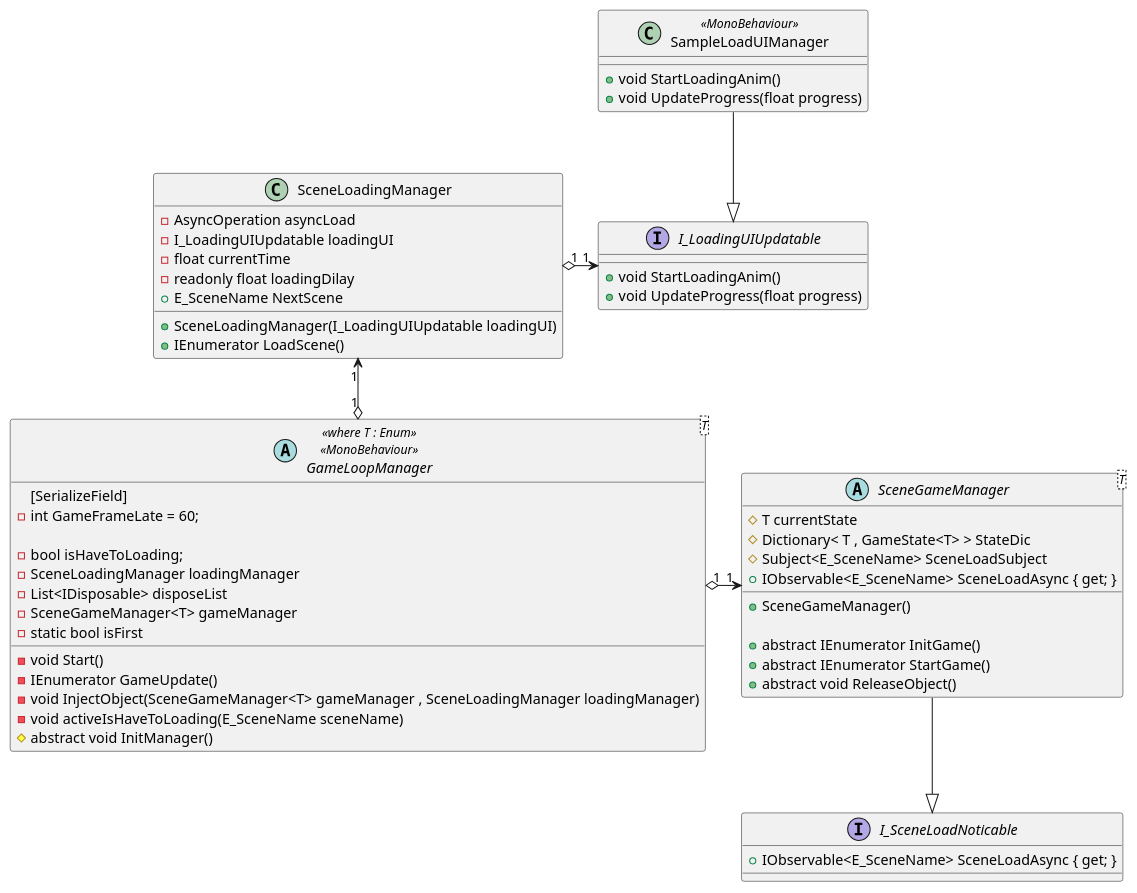
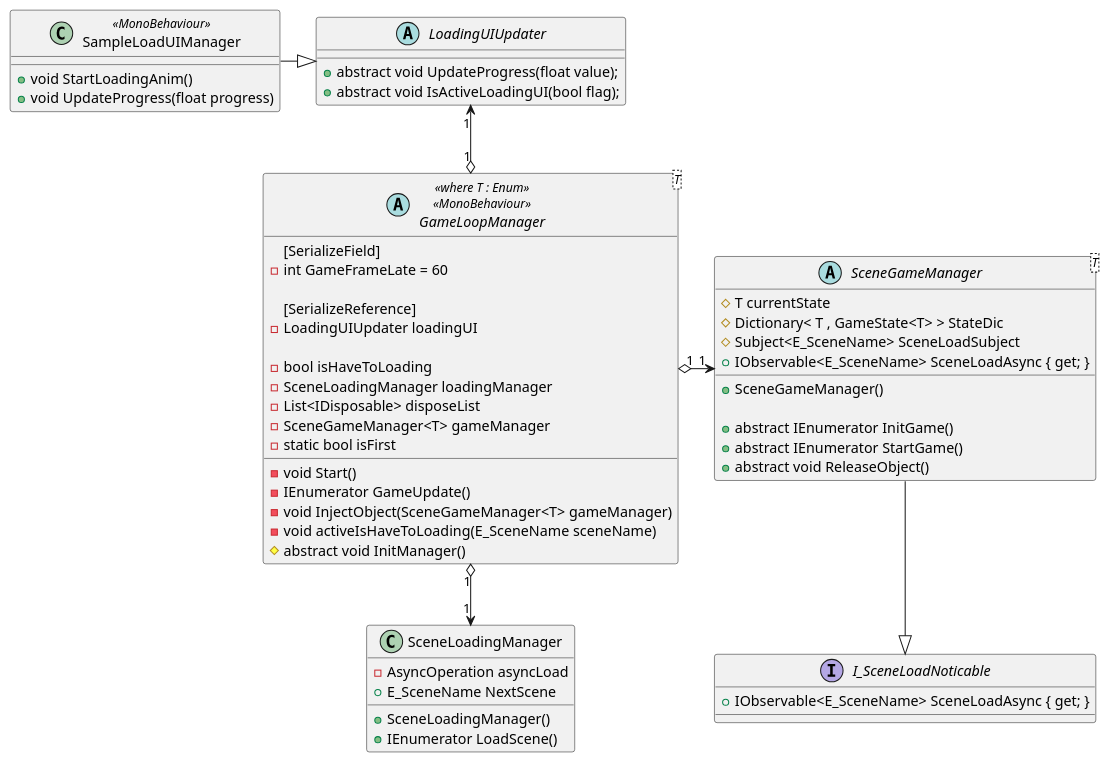
The diagram in Unity/Unity1weekAsets/Assets/Script/GameSystems/ver4.0/UML/GameMainSystem/GameLoopManager.pu (tezumozu/GameAsetsDev), drawn with PlantUML before and after one commit. The commit also changed 31 other files, not shown here.

Commit message:
Update v4 : LoadingAnim , SoundOptionUI , SoundPlayer

```diff
--- a/Unity/Unity1weekAsets/Assets/Script/GameSystems/ver4.0/UML/GameMainSystem/GameLoopManager.pu
+++ b/Unity/Unity1weekAsets/Assets/Script/GameSystems/ver4.0/UML/GameMainSystem/GameLoopManager.pu
@@ -1,70 +1,71 @@
 @startuml GameLoopManager
 
 
     abstract GameLoopManager <T> <<where T : Enum>><<MonoBehaviour>>{
         [SerializeField]
-        - int GameFrameLate = 60;
+        - int GameFrameLate = 60
 
-        - bool isHaveToLoading;
+        [SerializeReference]
+        - LoadingUIUpdater loadingUI
+
+        - bool isHaveToLoading
         - SceneLoadingManager loadingManager
         - List<IDisposable> disposeList
         - SceneGameManager<T> gameManager
         - static bool isFirst
 
         - void Start()
         - IEnumerator GameUpdate()
-        - void InjectObject(SceneGameManager<T> gameManager , SceneLoadingManager loadingManager)
+        - void InjectObject(SceneGameManager<T> gameManager)
         - void activeIsHaveToLoading(E_SceneName sceneName)
         # abstract void InitManager()
     }
 
     abstract class SceneGameManager<T>{
         # T currentState
         # Dictionary< T , GameState<T> > StateDic
         # Subject<E_SceneName> SceneLoadSubject
         + IObservable<E_SceneName> SceneLoadAsync { get; }
 
         + SceneGameManager()
 
         + abstract IEnumerator InitGame()
         + abstract IEnumerator StartGame()
         + abstract void ReleaseObject()
     }
 
     class SceneLoadingManager{
         - AsyncOperation asyncLoad
-        - I_LoadingUIUpdatable loadingUI
-        - float currentTime
-        - readonly float loadingDilay
         + E_SceneName NextScene
 
-        + SceneLoadingManager(I_LoadingUIUpdatable loadingUI)
+        + SceneLoadingManager()
         + IEnumerator LoadScene()
     }
 
     class SampleLoadUIManager <<MonoBehaviour>>{
         + void StartLoadingAnim()
         + void UpdateProgress(float progress)
     }
 
-    interface I_LoadingUIUpdatable{
-        + void StartLoadingAnim()
-        + void UpdateProgress(float progress)
+    abstract class LoadingUIUpdater{
+        + abstract void UpdateProgress(float value);
+        + abstract void IsActiveLoadingUI(bool flag);
     }
 
     interface I_SceneLoadNoticable{
         + IObservable<E_SceneName> SceneLoadAsync { get; }
     }
 
 
 
     GameLoopManager "1" o-right-> "1" SceneGameManager
-    GameLoopManager "1" o-up-> "1" SceneLoadingManager
+    GameLoopManager "1" o-down-> "1" SceneLoadingManager
+    GameLoopManager "1" o-up-> "1" LoadingUIUpdater
 
     SceneGameManager --|> I_SceneLoadNoticable
 
-    SampleLoadUIManager --|> I_LoadingUIUpdatable
-    SceneLoadingManager "1" o-right-> "1" I_LoadingUIUpdatable
+    SampleLoadUIManager -right-|> LoadingUIUpdater
+    
 
 
 @enduml
```
